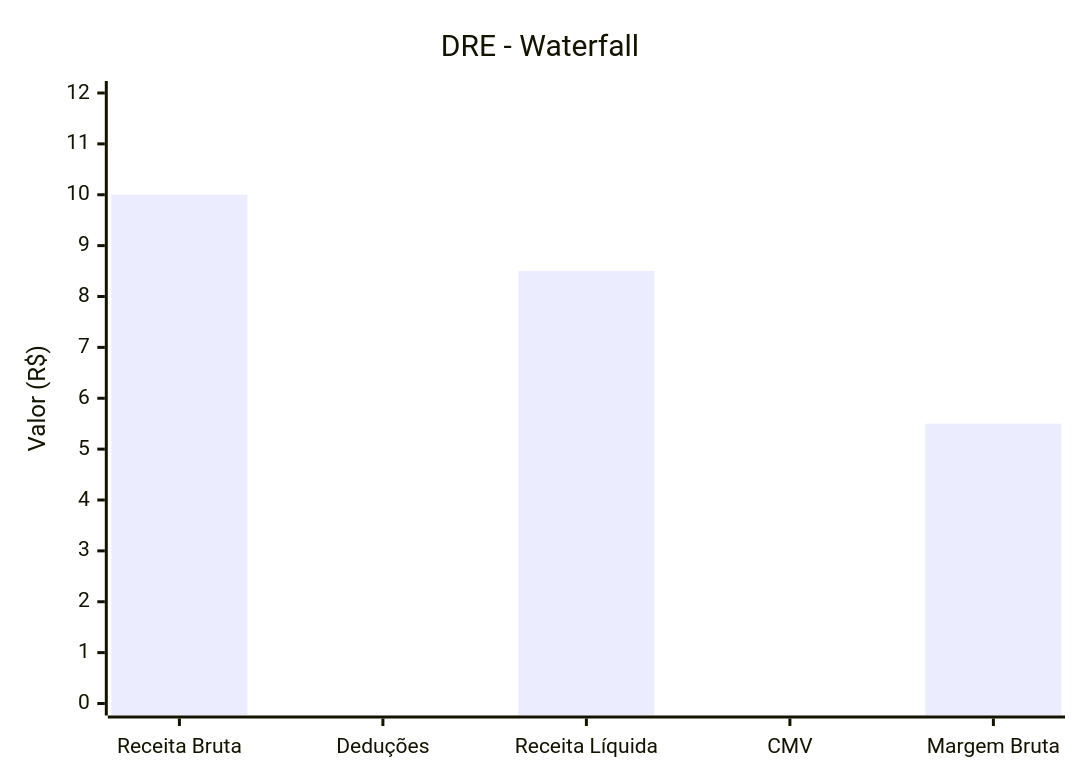
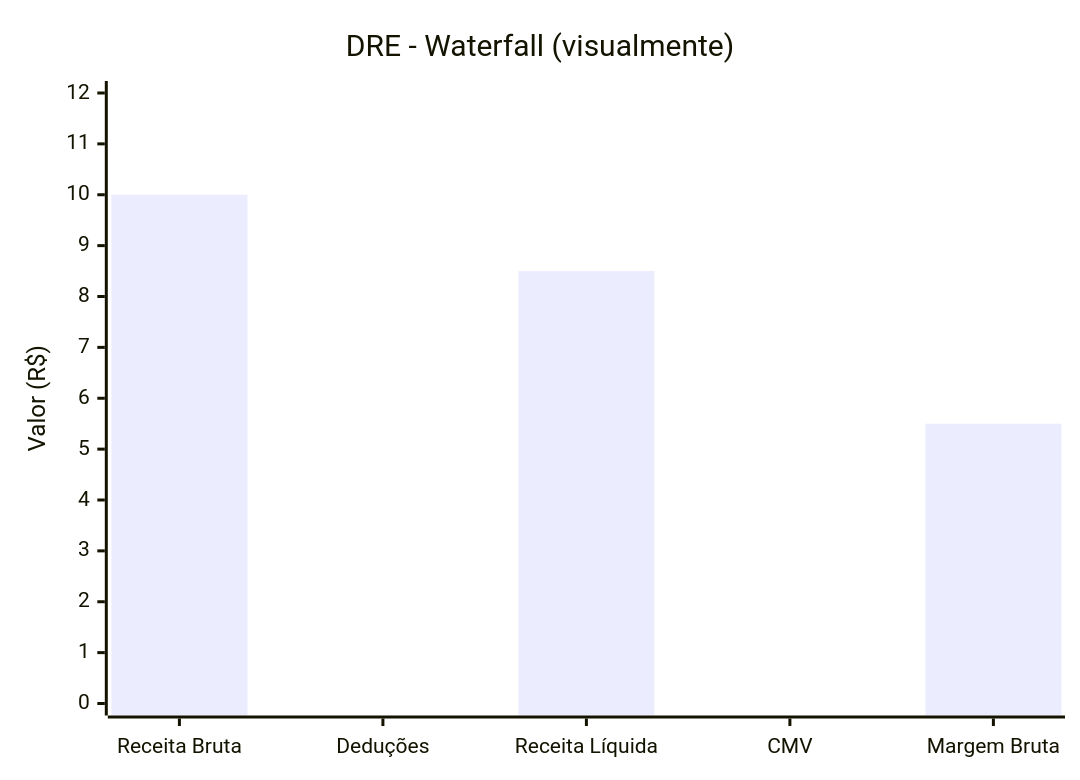
One commit to wendelmax/curso-ti-controladoria changed the first of 2 diagrams in app/docs/04-tableau/02-visualizacoes-financeiras.md. Above: the diagram before and after it, drawn with Mermaid. The commit also changed other lines of this file and 44 other files, not shown here.

````diff
--- a/app/docs/04-tableau/02-visualizacoes-financeiras.md
+++ b/app/docs/04-tableau/02-visualizacoes-financeiras.md
@@ -45,7 +49,7 @@
 ```mermaid
 xychart-beta
-  title "DRE - Waterfall"
+  title "DRE - Waterfall (visualmente)"
   x-axis ["Receita Bruta", "Deduções", "Receita Líquida", "CMV", "Margem Bruta"]
   y-axis "Valor (R$)" 0 --> 12
   bar [10, -1.5, 8.5, -3, 5.5]
 ```
````
